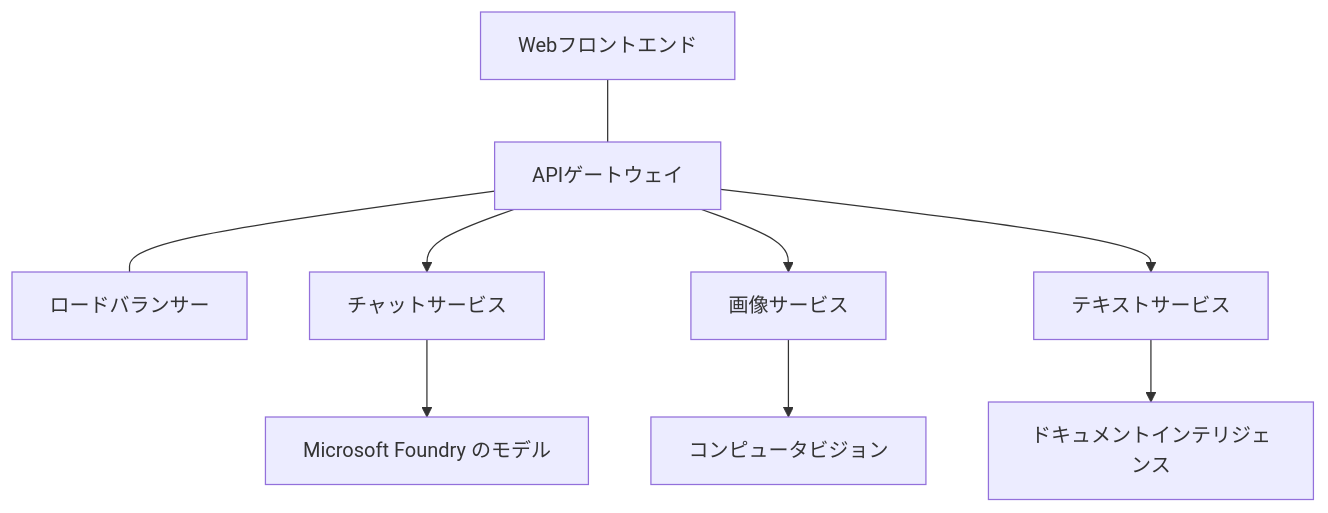
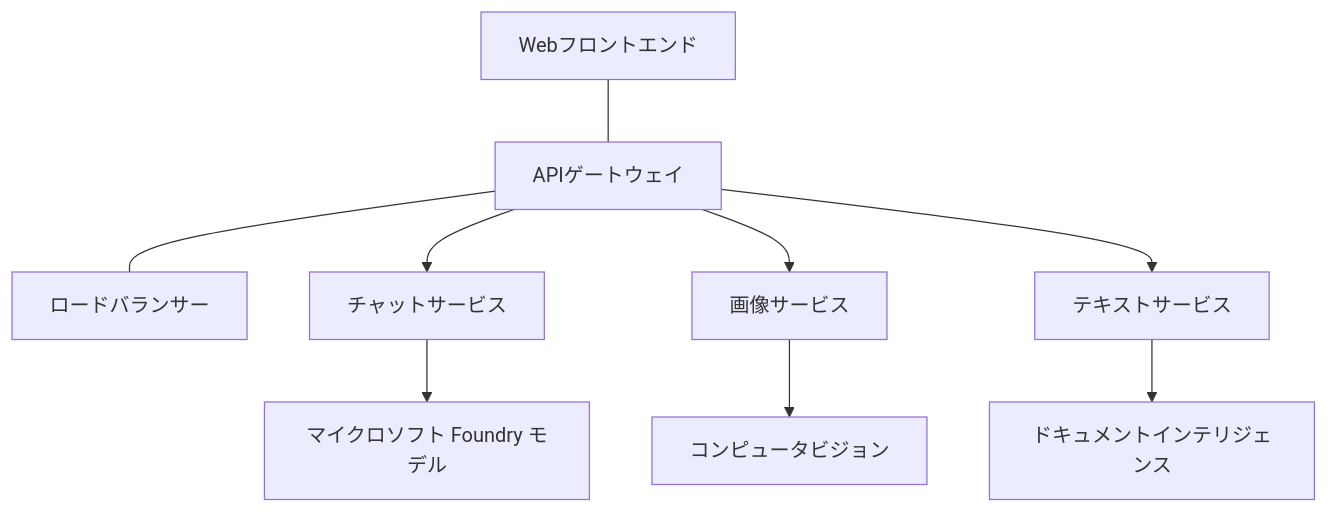
Before and after one commit to microsoft/AZD-for-beginners: the diagram in translations/ja/docs/chapter-08-production/production-ai-practices.md, drawn with Mermaid. The commit also changed other lines of this file and 101 other files, not shown here.

````diff
--- a/translations/ja/docs/chapter-08-production/production-ai-practices.md
+++ b/translations/ja/docs/chapter-08-production/production-ai-practices.md
@@ -30,10 +30,10 @@
 ```mermaid
 graph TD
     Frontend[Webフロントエンド] --- Gateway[APIゲートウェイ] --- LB[ロードバランサー]
     Gateway --> Chat[チャットサービス]
     Gateway --> Image[画像サービス]
     Gateway --> Text[テキストサービス]
-    Chat --> OpenAI[Microsoft Foundry のモデル]
+    Chat --> OpenAI[マイクロソフト Foundry モデル]
     Image --> Vision[コンピュータビジョン]
     Text --> DocIntel[ドキュメントインテリジェンス]
 ```
````
